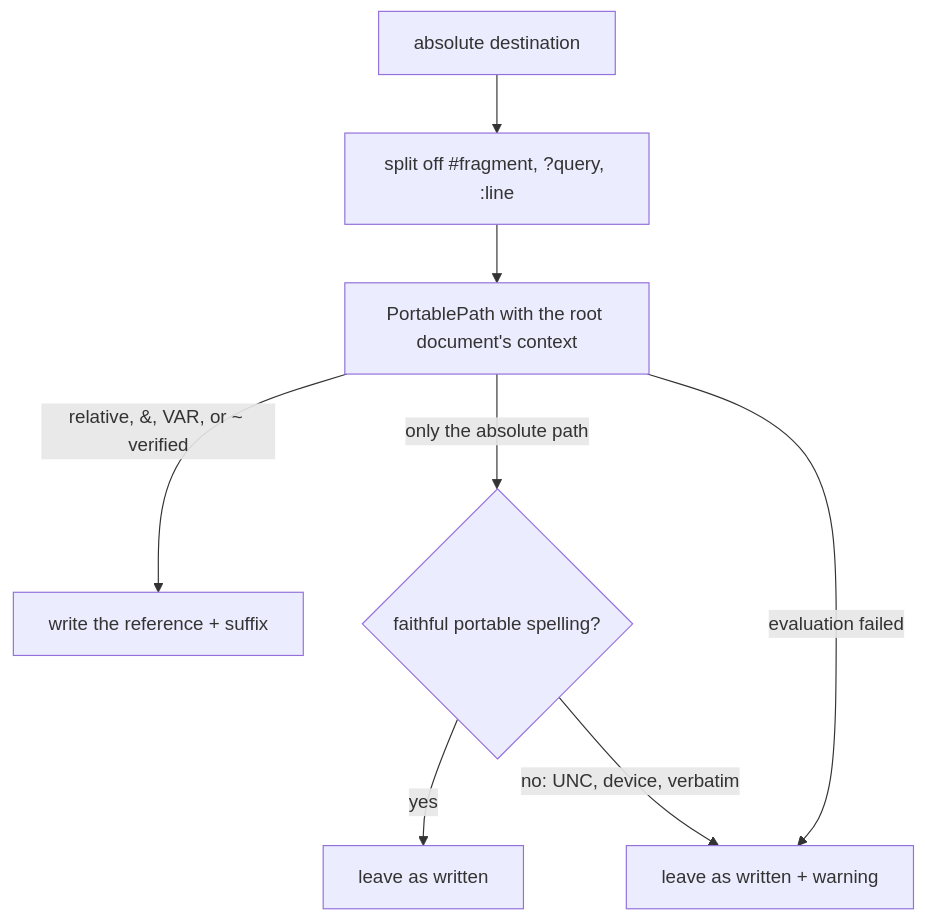
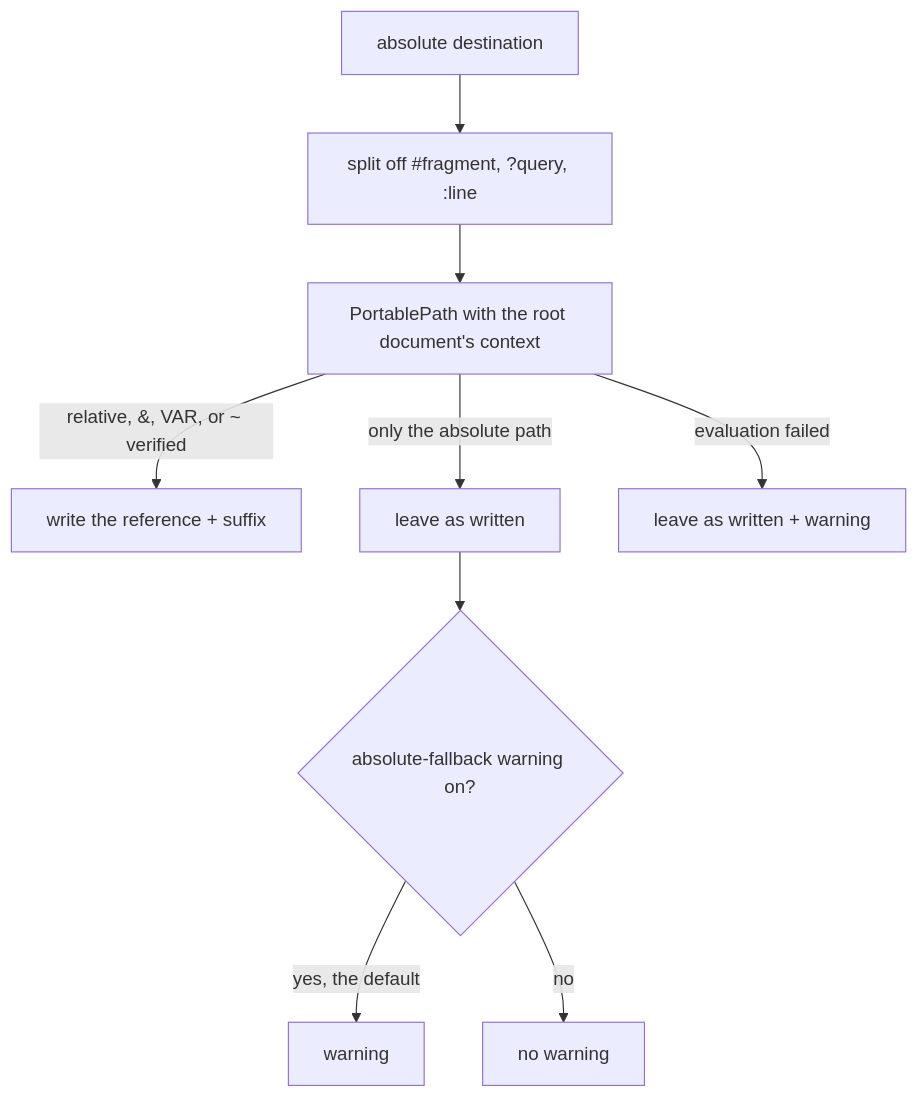
Before and after one commit to yankeeinlondon/rusty-biscuit: the diagram in darkmatter/docs/inline/link-normalization.md, drawn with Mermaid. The commit also changed other lines of this file and 9 other files, not shown here.

````diff
--- a/darkmatter/docs/inline/link-normalization.md
+++ b/darkmatter/docs/inline/link-normalization.md
@@ -45,10 +47,11 @@
 ```mermaid
 flowchart TD
     A[absolute destination] --> B[split off #fragment, ?query, :line]
     B --> C[PortablePath with the root document's context]
     C -->|relative, &, VAR, or ~ verified| D[write the reference + suffix]
-    C -->|only the absolute path| E{faithful portable spelling?}
-    E -->|yes| F[leave as written]
-    E -->|no: UNC, device, verbatim| G[leave as written + warning]
-    C -->|evaluation failed| G
+    C -->|only the absolute path| E[leave as written]
+    E --> W{absolute-fallback warning on?}
+    W -->|yes, the default| G[warning]
+    W -->|no| F[no warning]
+    C -->|evaluation failed| H[leave as written + warning]
 ```
````
